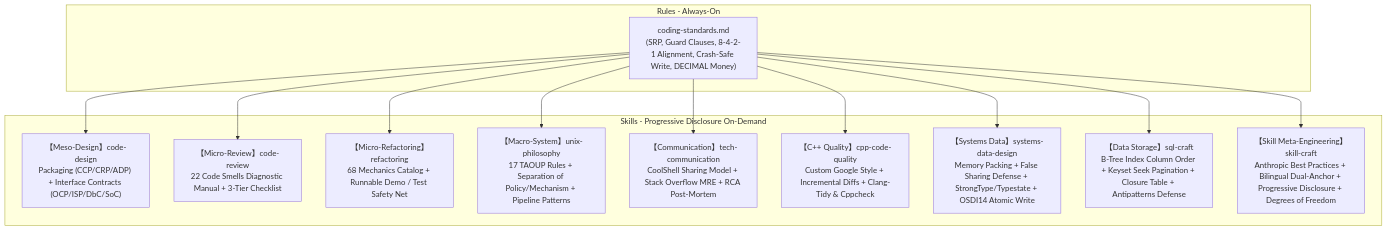
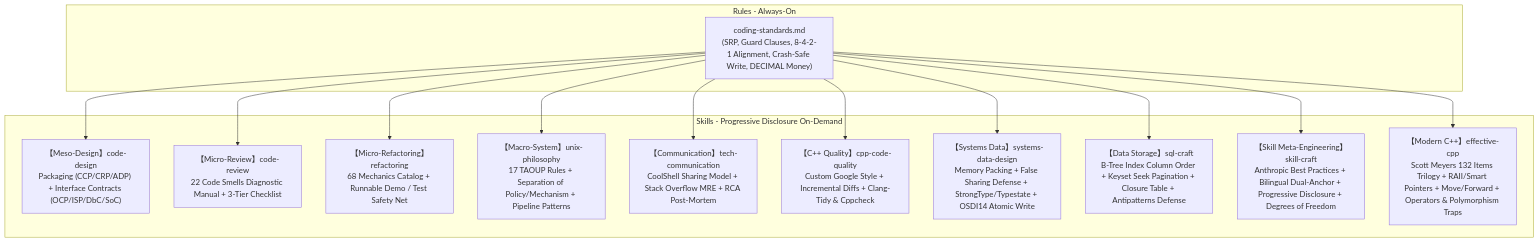
Before and after one commit to lilucpp/code-craft: the diagram in README_EN.md, drawn with Mermaid. The commit also changed other lines of this file and 16 other files, not shown here.

First line of the commit message:
feat(skills): add effective-cpp skill extracting Scott Meyers 132 items trilogy

````diff
--- a/README_EN.md
+++ b/README_EN.md
@@ -26,28 +26,30 @@
 ```mermaid
 flowchart TD
     subgraph Global Baseline Rules [Rules - Always-On]
         R["coding-standards.md<br/>(SRP, Guard Clauses, 8-4-2-1 Alignment, Crash-Safe Write, DECIMAL Money)"]
     end
 
     subgraph Specialized Skills Matrix [Skills - Progressive Disclosure On-Demand]
         S1["【Meso-Design】code-design<br/>Packaging (CCP/CRP/ADP) + Interface Contracts (OCP/ISP/DbC/SoC)"]
         S2["【Micro-Review】code-review<br/>22 Code Smells Diagnostic Manual + 3-Tier Checklist"]
         S3["【Micro-Refactoring】refactoring<br/>68 Mechanics Catalog + Runnable Demo / Test Safety Net"]
         S4["【Macro-System】unix-philosophy<br/>17 TAOUP Rules + Separation of Policy/Mechanism + Pipeline Patterns"]
         S5["【Communication】tech-communication<br/>CoolShell Sharing Model + Stack Overflow MRE + RCA Post-Mortem"]
         S6["【C++ Quality】cpp-code-quality<br/>Custom Google Style + Incremental Diffs + Clang-Tidy & Cppcheck"]
         S7["【Systems Data】systems-data-design<br/>Memory Packing + False Sharing Defense + StrongType/Typestate + OSDI14 Atomic Write"]
         S8["【Data Storage】sql-craft<br/>B-Tree Index Column Order + Keyset Seek Pagination + Closure Table + Antipatterns Defense"]
         S9["【Skill Meta-Engineering】skill-craft<br/>Anthropic Best Practices + Bilingual Dual-Anchor + Progressive Disclosure + Degrees of Freedom"]
+        S10["【Modern C++】effective-cpp<br/>Scott Meyers 132 Items Trilogy + RAII/Smart Pointers + Move/Forward + Operators & Polymorphism Traps"]
     end
 
     R --> S1
     R --> S2
     R --> S3
     R --> S4
     R --> S5
     R --> S6
     R --> S7
     R --> S8
     R --> S9
+    R --> S10
 ```
````
